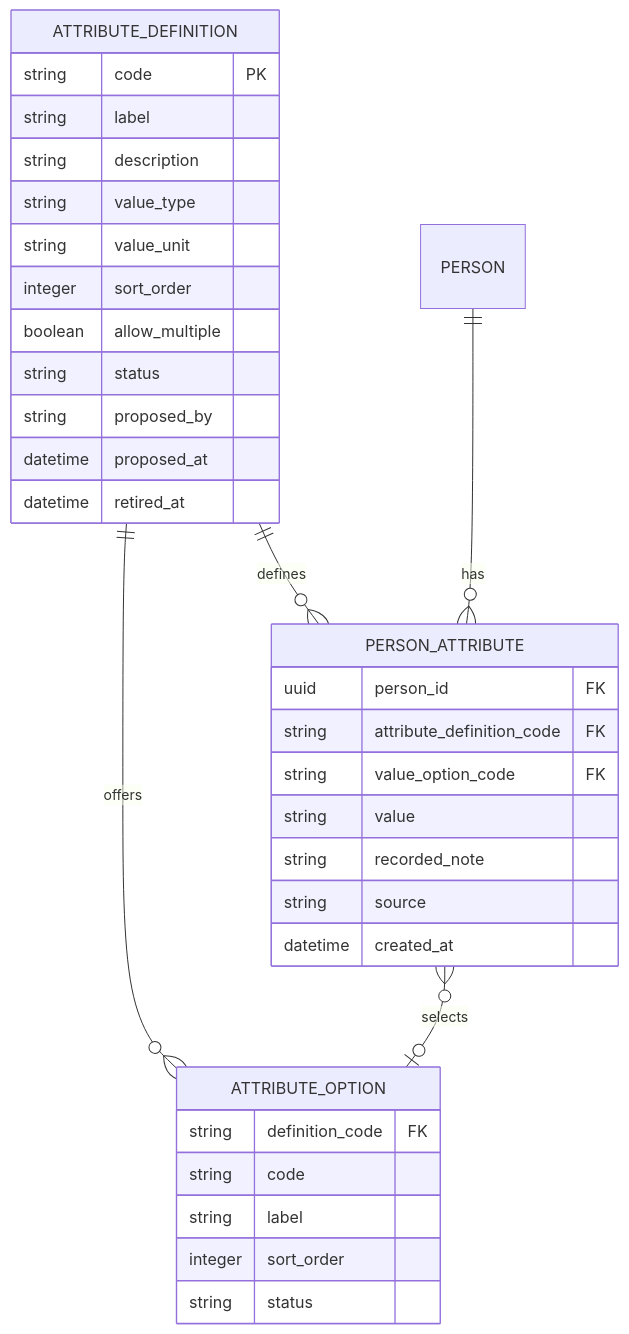
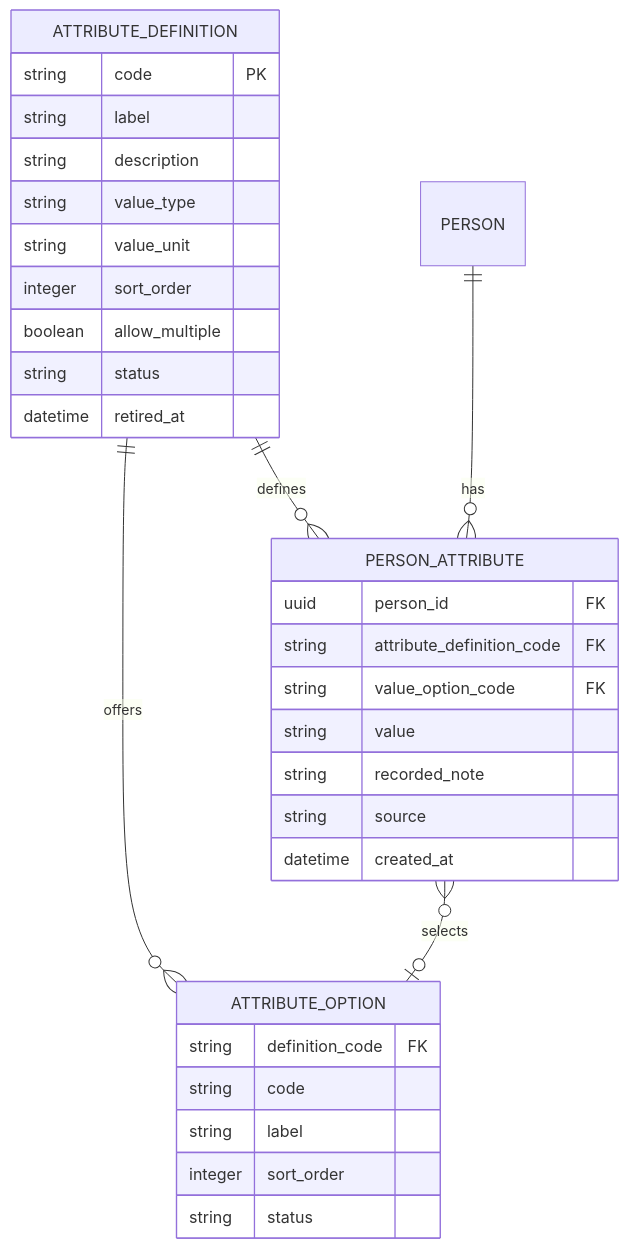
Before and after one commit to azduha/taborak-specification: the second of 5 diagrams in docs/appendix/erd.md, drawn with Mermaid. The commit also changed 35 other files, not shown here.

````diff
--- a/docs/appendix/erd.md
+++ b/docs/appendix/erd.md
@@ -100,36 +100,34 @@
 ```mermaid
 erDiagram
     ATTRIBUTE_DEFINITION {
         string code PK
         string label
         string description
         string value_type
         string value_unit
         integer sort_order
         boolean allow_multiple
         string status
-        string proposed_by
-        datetime proposed_at
         datetime retired_at
     }
     ATTRIBUTE_OPTION {
         string definition_code FK
         string code
         string label
         integer sort_order
         string status
     }
     PERSON_ATTRIBUTE {
         uuid person_id FK
         string attribute_definition_code FK
         string value_option_code FK
         string value
         string recorded_note
         string source
         datetime created_at
     }
     PERSON ||--o{ PERSON_ATTRIBUTE : has
     ATTRIBUTE_DEFINITION ||--o{ ATTRIBUTE_OPTION : offers
     ATTRIBUTE_DEFINITION ||--o{ PERSON_ATTRIBUTE : defines
     PERSON_ATTRIBUTE }o--o| ATTRIBUTE_OPTION : selects
 ```
````
